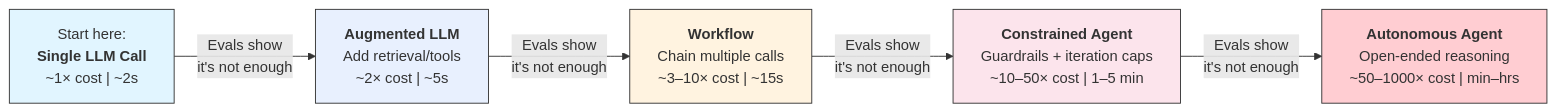
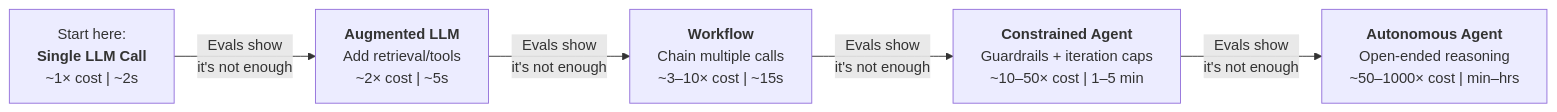
The first of 21 diagrams in building-effective-agents.md (machinedge/building-effective-agents), drawn with Mermaid before and after one commit. The commit also changed other lines of this file, not shown here.

Commit message:
removed fill colors in mermaid diagrams

````diff
--- a/building-effective-agents.md
+++ b/building-effective-agents.md
@@ -136,13 +136,7 @@
 ```mermaid
 graph LR
     A["Start here:<br/><b>Single LLM Call</b><br/>~1× cost | ~2s"] -->|"Evals show<br/>it's not enough"| B["<b>Augmented LLM</b><br/>Add retrieval/tools<br/>~2× cost | ~5s"]
     B -->|"Evals show<br/>it's not enough"| C["<b>Workflow</b><br/>Chain multiple calls<br/>~3–10× cost | ~15s"]
     C -->|"Evals show<br/>it's not enough"| D["<b>Constrained Agent</b><br/>Guardrails + iteration caps<br/>~10–50× cost | 1–5 min"]
     D -->|"Evals show<br/>it's not enough"| E["<b>Autonomous Agent</b><br/>Open-ended reasoning<br/>~50–1000× cost | min–hrs"]
-
-    style A fill:#e1f5ff,stroke:#333
-    style B fill:#e8f0fe,stroke:#333
-    style C fill:#fff3e0,stroke:#333
-    style D fill:#fce4ec,stroke:#333
-    style E fill:#ffcdd2,stroke:#333
 ```
````
